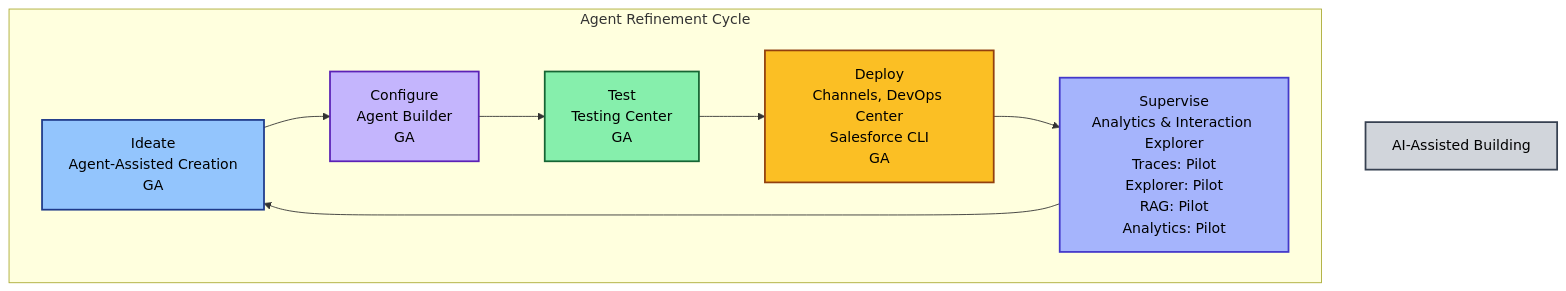
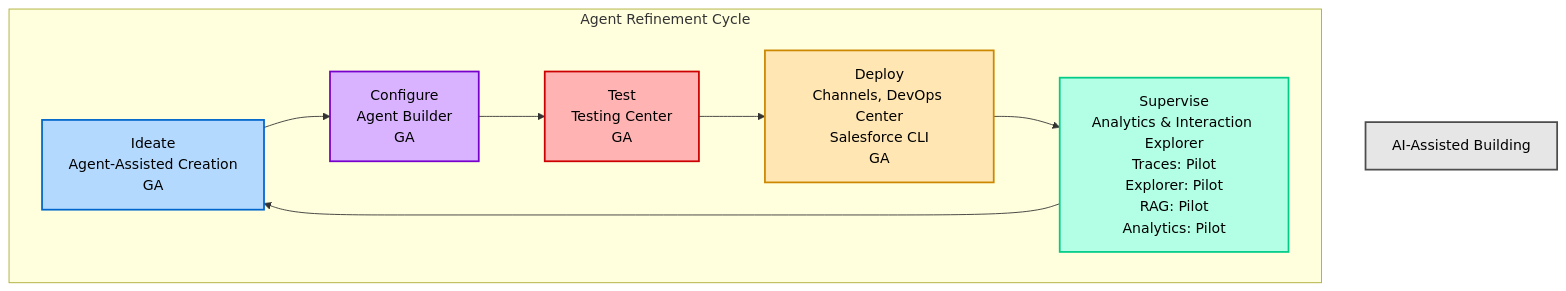
The first of 11 diagrams in agentforce/observability/README_Agentforce_Observability_System_Architecture.md (arupsarkar-sfdc/Misc), drawn with Mermaid before and after one commit. The commit also changed other lines of this file, not shown here.

Commit message:
Updated color scheme of all diagrams

````diff
--- a/agentforce/observability/README_Agentforce_Observability_System_Architecture.md
+++ b/agentforce/observability/README_Agentforce_Observability_System_Architecture.md
@@ -28,25 +28,25 @@
 ```mermaid
 graph TB
     subgraph "Agent Refinement Cycle"
         IDEATE[Ideate<br/>Agent-Assisted Creation<br/>GA]
         CONFIG[Configure<br/>Agent Builder<br/>GA]
         TEST[Test<br/>Testing Center<br/>GA]
         DEPLOY[Deploy<br/>Channels, DevOps Center<br/>Salesforce CLI<br/>GA]
         SUPERVISE[Supervise<br/>Analytics & Interaction Explorer<br/>Traces: Pilot<br/>Explorer: Pilot<br/>RAG: Pilot<br/>Analytics: Pilot]
         
         IDEATE --> CONFIG
         CONFIG --> TEST
         TEST --> DEPLOY
         DEPLOY --> SUPERVISE
         SUPERVISE --> IDEATE
     end
     
     AIASSIST[AI-Assisted Building]
     
-    style IDEATE fill:#93c5fd,stroke:#1e3a8a,stroke-width:2px,color:#000
-    style CONFIG fill:#c4b5fd,stroke:#5b21b6,stroke-width:2px,color:#000
-    style TEST fill:#86efac,stroke:#166534,stroke-width:2px,color:#000
-    style DEPLOY fill:#fbbf24,stroke:#92400e,stroke-width:2px,color:#000
-    style SUPERVISE fill:#a5b4fc,stroke:#4338ca,stroke-width:2px,color:#000
-    style AIASSIST fill:#d1d5db,stroke:#374151,stroke-width:2px,color:#000
+    style IDEATE fill:#B3D9FF,stroke:#0066CC,stroke-width:2px,color:#000
+    style CONFIG fill:#D9B3FF,stroke:#7700CC,stroke-width:2px,color:#000
+    style TEST fill:#FFB3B3,stroke:#CC0000,stroke-width:2px,color:#000
+    style DEPLOY fill:#FFE6B3,stroke:#CC8800,stroke-width:2px,color:#000
+    style SUPERVISE fill:#B3FFE6,stroke:#00CC88,stroke-width:2px,color:#000
+    style AIASSIST fill:#E6E6E6,stroke:#4D4D4D,stroke-width:2px,color:#000
 ```
````
